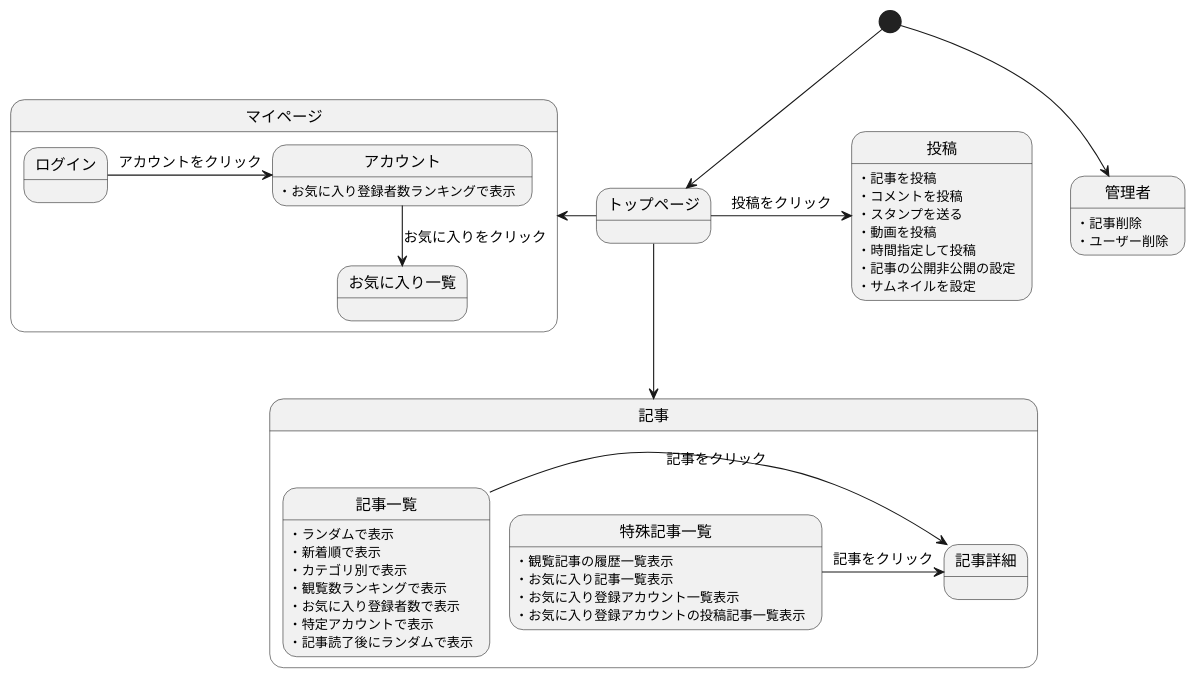
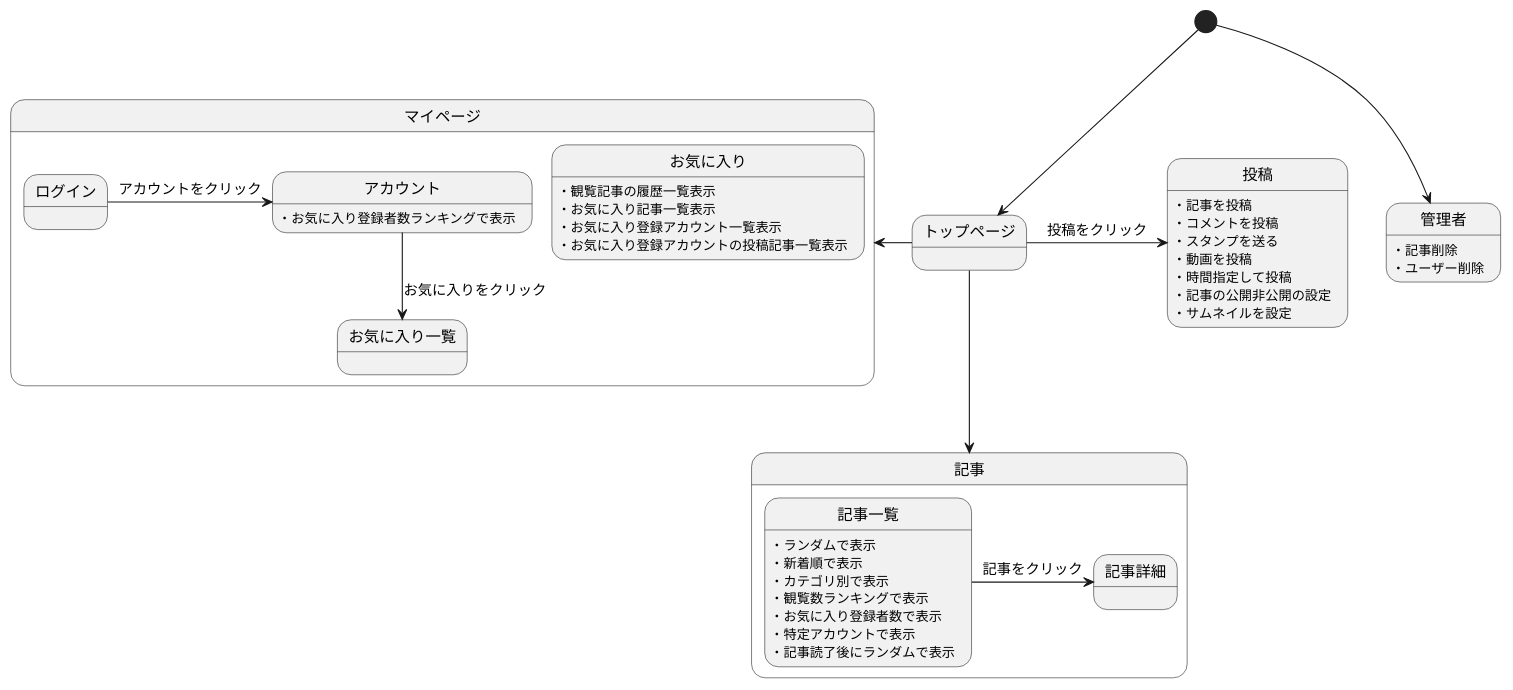
Before and after one commit to Aso2001001/2022System: the diagram in 後期画面遷移.md, drawn with PlantUML.

````diff
--- a/後期画面遷移.md
+++ b/後期画面遷移.md
@@ -1,51 +1,54 @@
 ```uml
 @startuml
 [*] --> トップページ
 
 state 記事{
 記事一覧 -> 記事詳細 : 記事をクリック
-特殊記事一覧 -> 記事詳細 : 記事をクリック
+
 
 記事一覧:・ランダムで表示
 記事一覧:・新着順で表示
 記事一覧:・カテゴリ別で表示
 記事一覧:・観覧数ランキングで表示
 記事一覧:・お気に入り登録者数で表示
 記事一覧:・特定アカウントで表示
 記事一覧:・記事読了後にランダムで表示
 
-特殊記事一覧:・観覧記事の履歴一覧表示
-特殊記事一覧:・お気に入り記事一覧表示
-特殊記事一覧:・お気に入り登録アカウント一覧表示
-特殊記事一覧:・お気に入り登録アカウントの投稿記事一覧表示
 }
 
 state マイページ{
 ログイン -> アカウント : アカウントをクリック
 アカウント -down-> お気に入り一覧 : お気に入りをクリック
 
 アカウント:・お気に入り登録者数ランキングで表示
+
+
+
+お気に入り:・観覧記事の履歴一覧表示
+お気に入り:・お気に入り記事一覧表示
+お気に入り:・お気に入り登録アカウント一覧表示
+お気に入り:・お気に入り登録アカウントの投稿記事一覧表示
 
 }
 
 
 トップページ -down-> 記事
 トップページ -left-> マイページ
 トップページ -> 投稿 : 投稿をクリック
 投稿:・記事を投稿
 投稿:・コメントを投稿
 投稿:・スタンプを送る
 投稿:・動画を投稿
 投稿:・時間指定して投稿
 投稿:・記事の公開非公開の設定
 投稿:・サムネイルを設定
 
 
 
 [*] --> 管理者
 管理者:・記事削除
 管理者:・ユーザー削除
 
 
 @enduml
 ```
````
